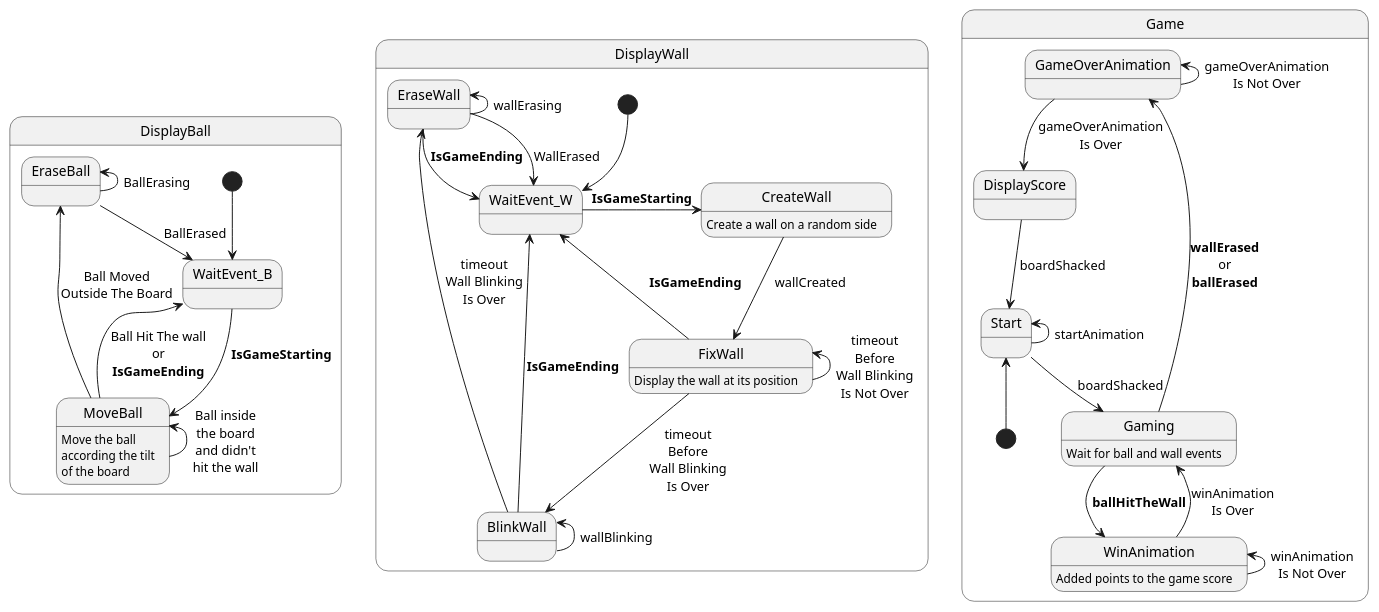
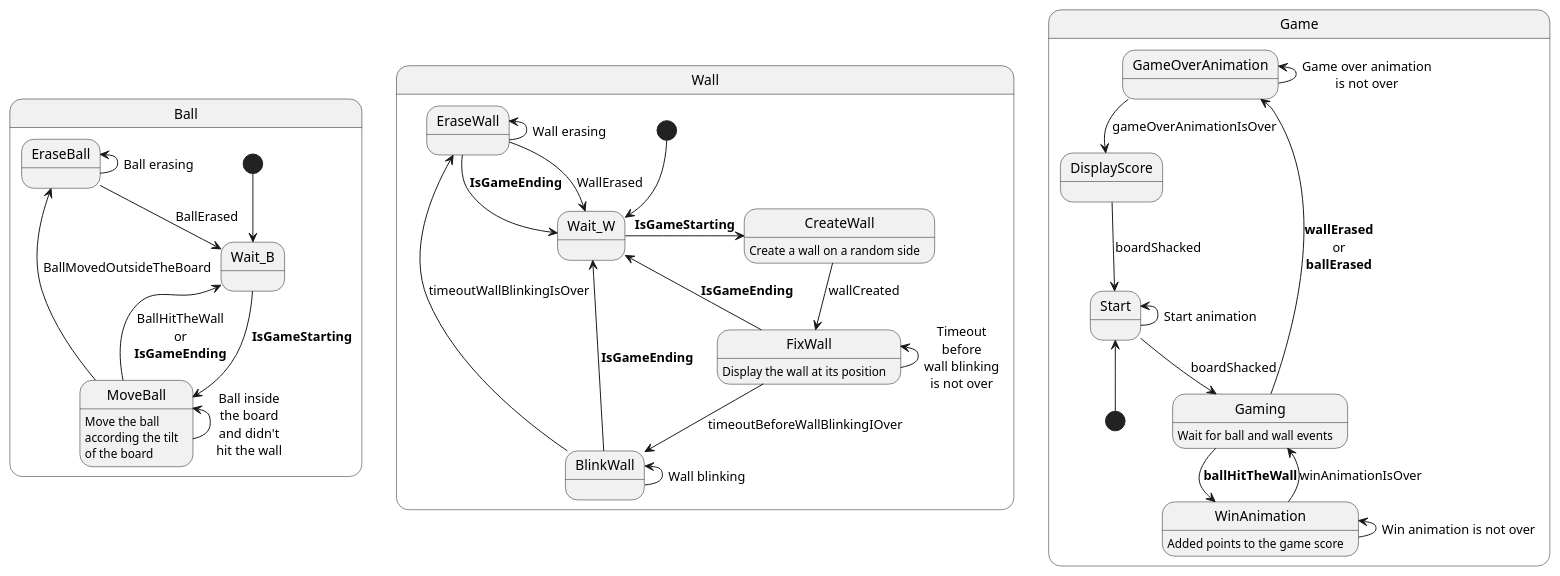
One commit to jebissey/GamesOfSkill changed the diagram in Arduino-nano/LedsPong/LedsPong.puml. Above: the diagram before and after it, drawn with PlantUML. The commit also changed 4 other files, not shown here.

```diff
--- a/Arduino-nano/LedsPong/LedsPong.puml
+++ b/Arduino-nano/LedsPong/LedsPong.puml
@@ -1,61 +1,61 @@
 @startuml
 
-state DisplayBall {
-    [*] --> WaitEvent_B
+state Ball {
+    [*] --> Wait_B
 
-    WaitEvent_B -> MoveBall : **IsGameStarting**
+    Wait_B -> MoveBall : **IsGameStarting**
 
     MoveBall : Move the ball\naccording the tilt\nof the board
     MoveBall -up-> MoveBall : Ball inside\nthe board\nand didn't\nhit the wall
-    MoveBall --> EraseBall :  Ball Moved\nOutside The Board
-    MoveBall --> WaitEvent_B : Ball Hit The wall\nor\n**IsGameEnding**
+    MoveBall --> EraseBall :  BallMovedOutsideTheBoard
+    MoveBall --> Wait_B : BallHitTheWall\nor\n**IsGameEnding**
 
-    EraseBall -up-> EraseBall : BallErasing
-    EraseBall --> WaitEvent_B : BallErased
+    EraseBall -up-> EraseBall : Ball erasing
+    EraseBall --> Wait_B : BallErased
 
 }
 
-state DisplayWall {
-    [*] --> WaitEvent_W
+state Wall {
+    [*] --> Wait_W
         
-    WaitEvent_W -> CreateWall : **IsGameStarting**
+    Wait_W -> CreateWall : **IsGameStarting**
 
     CreateWall : Create a wall on a random side
     CreateWall --> FixWall : wallCreated
 
     FixWall : Display the wall at its position
-    FixWall -up-> FixWall : timeout\nBefore\nWall Blinking\nIs Not Over
-    FixWall --> BlinkWall : timeout\nBefore\nWall Blinking\nIs Over
-    FixWall ->  WaitEvent_W : **IsGameEnding**
+    FixWall -up-> FixWall : Timeout\nbefore\nwall blinking\nis not over
+    FixWall --> BlinkWall : timeoutBeforeWallBlinkingIOver
+    FixWall ->  Wait_W : **IsGameEnding**
     
-    BlinkWall -up-> BlinkWall : wallBlinking
-    BlinkWall --> EraseWall : timeout\nWall Blinking\nIs Over
-    BlinkWall ->  WaitEvent_W : **IsGameEnding**
+    BlinkWall -up-> BlinkWall : Wall blinking
+    BlinkWall --> EraseWall : timeoutWallBlinkingIsOver
+    BlinkWall ->  Wait_W : **IsGameEnding**
 
-    EraseWall -up-> EraseWall : wallErasing
-    EraseWall --> WaitEvent_W : WallErased
-    EraseWall ->  WaitEvent_W : **IsGameEnding**
+    EraseWall -up-> EraseWall : Wall erasing
+    EraseWall --> Wait_W : WallErased
+    EraseWall ->  Wait_W : **IsGameEnding**
 }
 
 state Game {
     [*] -up-> Start
 
     Start --> Gaming : boardShacked
-    Start -up-> Start : startAnimation
+    Start -up-> Start : Start animation
 
     Gaming : Wait for ball and wall events
     Gaming --> GameOverAnimation : **wallErased**\nor\n**ballErased**
 
     Gaming --> WinAnimation : **ballHitTheWall**
 
     WinAnimation : Added points to the game score
-    WinAnimation -up-> WinAnimation : winAnimation\nIs Not Over
-    WinAnimation --> Gaming : winAnimation\nIs Over
+    WinAnimation -up-> WinAnimation : Win animation is not over
+    WinAnimation --> Gaming : winAnimationIsOver
 
-    GameOverAnimation -up-> GameOverAnimation : gameOverAnimation\nIs Not Over
-    GameOverAnimation --> DisplayScore : gameOverAnimation\nIs Over
+    GameOverAnimation -up-> GameOverAnimation : Game over animation\nis not over
+    GameOverAnimation --> DisplayScore : gameOverAnimationIsOver
 
     DisplayScore --> Start : boardShacked
 }
 
 @enduml
```
